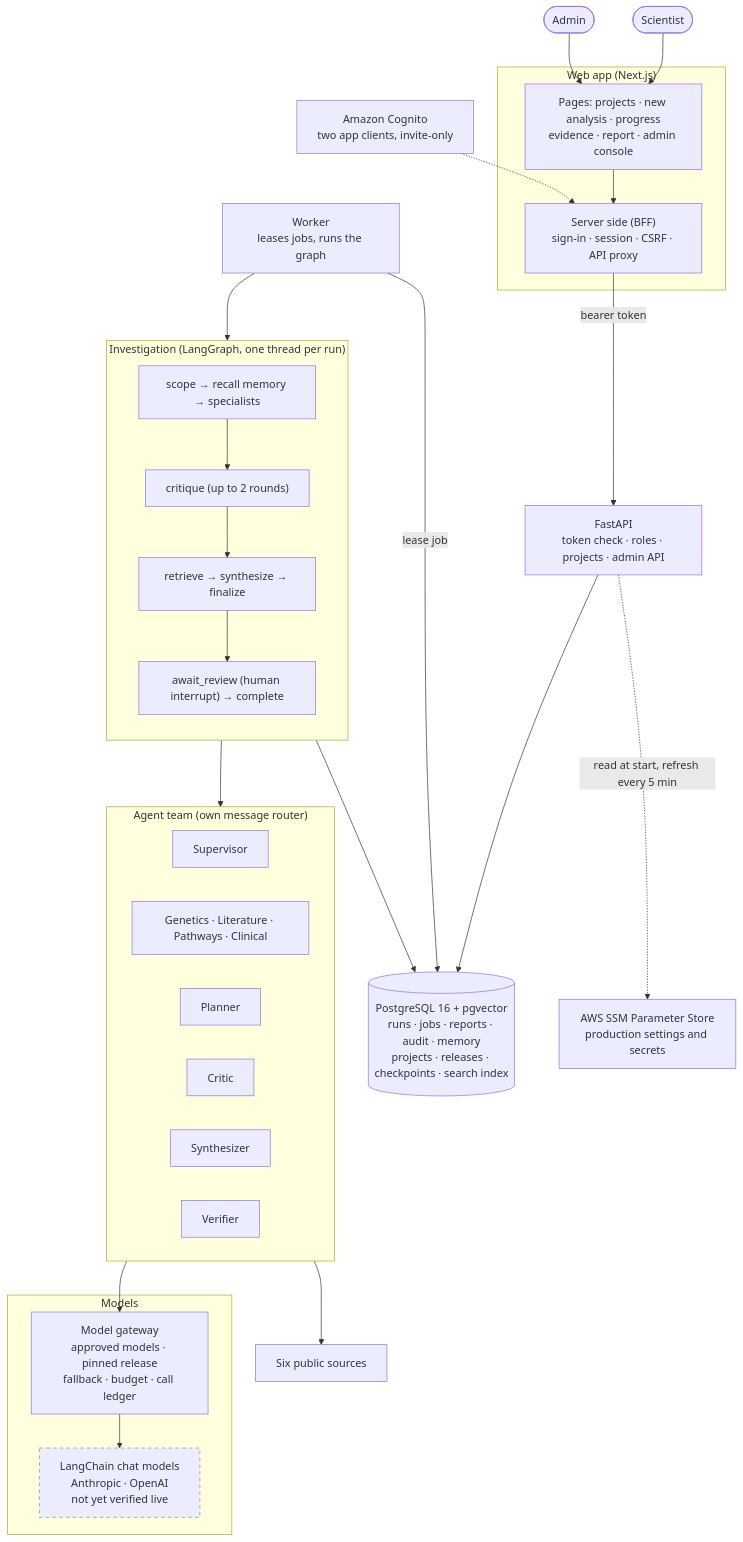
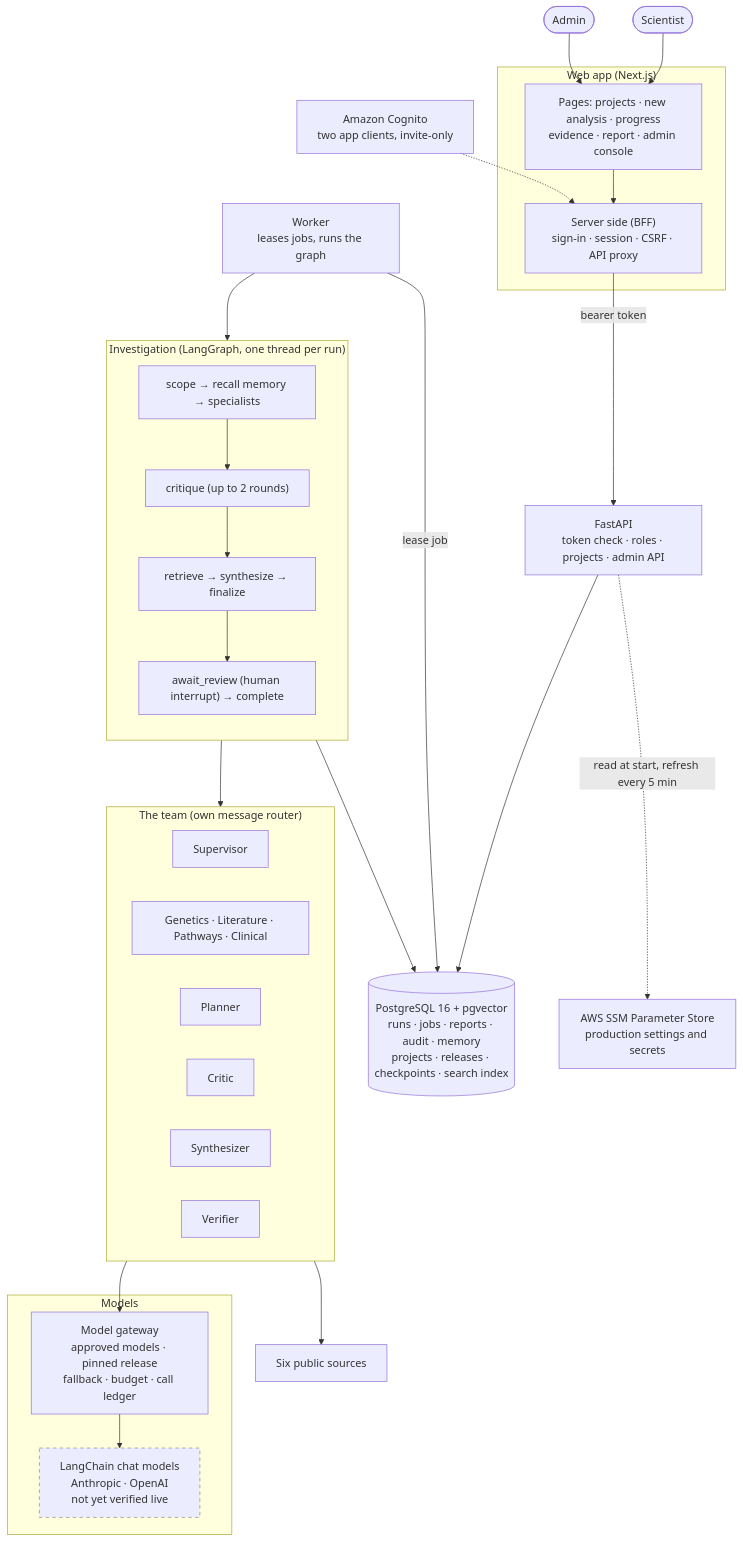
One commit to Tevaalgorithms/BioNexus-AI changed the first of 3 diagrams in README.md. Above: the diagram before and after it, drawn with Mermaid. The commit also changed other lines of this file and 18 other files, not shown here.

````diff
--- a/README.md
+++ b/README.md
@@ -40,54 +40,54 @@
 ```mermaid
 graph TB
     SCI(["Scientist"])
     ADM(["Admin"])
 
     subgraph CLIENTS["Web app (Next.js)"]
         WEB["Pages: projects · new analysis · progress<br/>evidence · report · admin console"]
         BFF["Server side (BFF)<br/>sign-in · session · CSRF · API proxy"]
     end
 
     COG["Amazon Cognito<br/>two app clients, invite-only"]
     API["FastAPI<br/>token check · roles · projects · admin API"]
     WORKER["Worker<br/>leases jobs, runs the graph"]
 
     subgraph FLOW["Investigation (LangGraph, one thread per run)"]
         direction TB
         G1["scope → recall memory → specialists"] --> G2["critique (up to 2 rounds)"] --> G3["retrieve → synthesize → finalize"] --> G4["await_review (human interrupt) → complete"]
     end
 
-    subgraph AGENTS["Agent team (own message router)"]
+    subgraph AGENTS["The team (own message router)"]
         SUP["Supervisor"]
         SPEC["Genetics · Literature · Pathways · Clinical"]
         PLAN["Planner"]
         CRIT["Critic"]
         SYN["Synthesizer"]
         VER["Verifier"]
     end
 
     SQL[("PostgreSQL 16 + pgvector<br/>runs · jobs · reports · audit · memory<br/>projects · releases · checkpoints · search index")]
 
     subgraph MODELS["Models"]
         GW["Model gateway<br/>approved models · pinned release<br/>fallback · budget · call ledger"]
         LC["LangChain chat models<br/>Anthropic · OpenAI<br/>not yet verified live"]:::planned
     end
 
     SRC["Six public sources"]
     SSM["AWS SSM Parameter Store<br/>production settings and secrets"]
 
     SCI --> WEB
     ADM --> WEB
     WEB --> BFF
     BFF -- "bearer token" --> API
     COG -.-> BFF
     API --> SQL
     WORKER -- "lease job" --> SQL
     WORKER --> FLOW
     FLOW --> AGENTS
     AGENTS --> SRC
     AGENTS --> GW
     GW --> LC
     FLOW --> SQL
     API -. "read at start, refresh every 5 min" .-> SSM
     classDef planned stroke-dasharray: 5 5,stroke:#888
 ```
````
